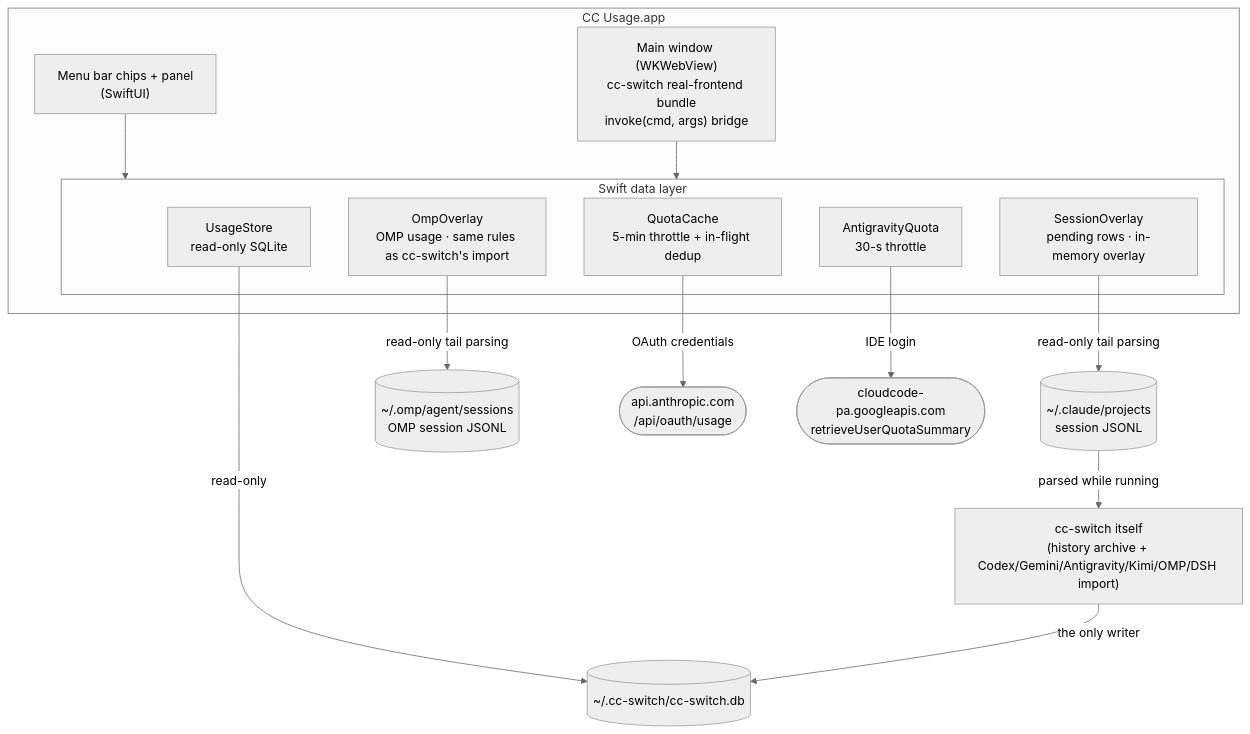
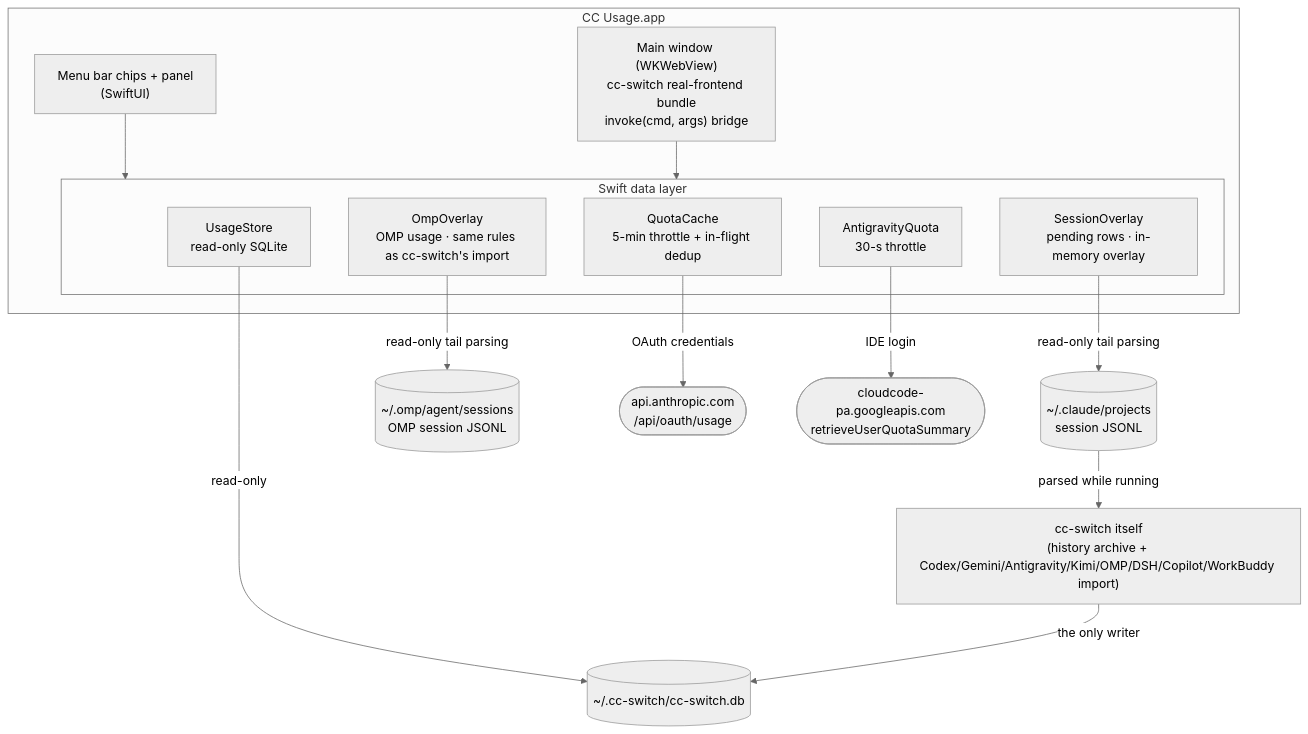
The diagram in README.md (Eureka0w0v0/cc-usage), drawn with Mermaid (neutral theme) before and after one commit. The commit also changed other lines of this file and 2 other files, not shown here.

````diff
--- a/README.md
+++ b/README.md
@@ -85,30 +85,30 @@
 ```mermaid
 flowchart TB
     subgraph app["CC Usage.app"]
         menubar["Menu bar chips + panel<br/>(SwiftUI)"]
         panel["Main window (WKWebView)<br/>cc-switch real-frontend bundle<br/>invoke(cmd, args) bridge"]
         subgraph layer["Swift data layer"]
             UsageStore["UsageStore<br/>read-only SQLite"]
             SessionOverlay["SessionOverlay<br/>pending rows · in-memory overlay"]
             OmpOverlay["OmpOverlay<br/>OMP usage · same rules as cc-switch's import"]
             QuotaCache["QuotaCache<br/>5-min throttle + in-flight dedup"]
             AgyQuota["AntigravityQuota<br/>30-s throttle"]
         end
         menubar --> layer
         panel --> layer
     end
     db[("~/.cc-switch/cc-switch.db")]
     jsonl[("~/.claude/projects<br/>session JSONL")]
     ompjsonl[("~/.omp/agent/sessions<br/>OMP session JSONL")]
     api(["api.anthropic.com<br/>/api/oauth/usage"])
     google(["cloudcode-pa.googleapis.com<br/>retrieveUserQuotaSummary"])
-    ccswitch["cc-switch itself<br/>(history archive + Codex/Gemini/Antigravity/Kimi/OMP/DSH import)"]
+    ccswitch["cc-switch itself<br/>(history archive + Codex/Gemini/Antigravity/Kimi/OMP/DSH/Copilot/WorkBuddy import)"]
 
     UsageStore -->|"read-only"| db
     SessionOverlay -->|"read-only tail parsing"| jsonl
     OmpOverlay -->|"read-only tail parsing"| ompjsonl
     QuotaCache -->|"OAuth credentials"| api
     AgyQuota -->|"IDE login"| google
     jsonl -->|"parsed while running"| ccswitch
     ccswitch -->|"the only writer"| db
 ```
````
